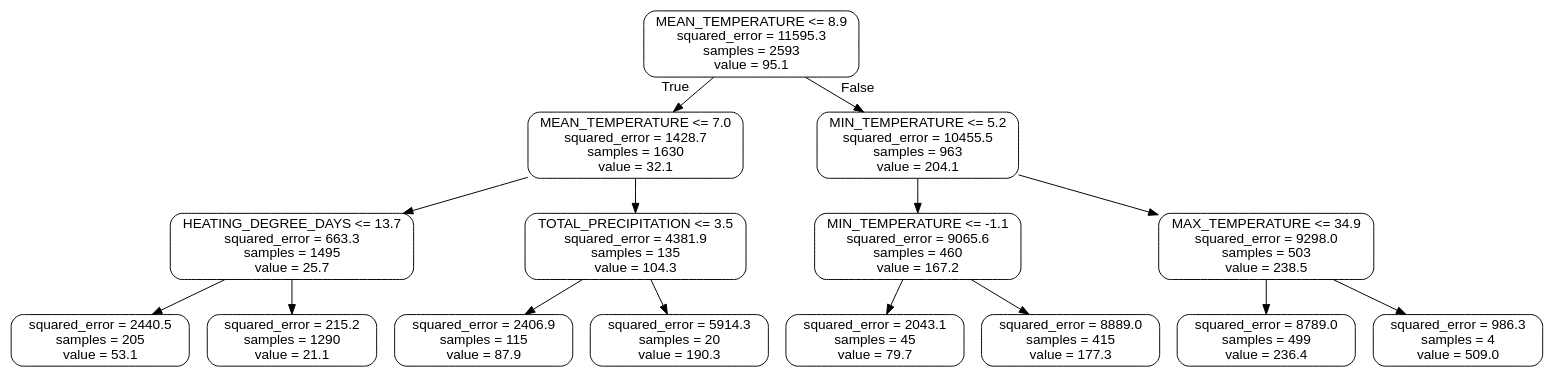
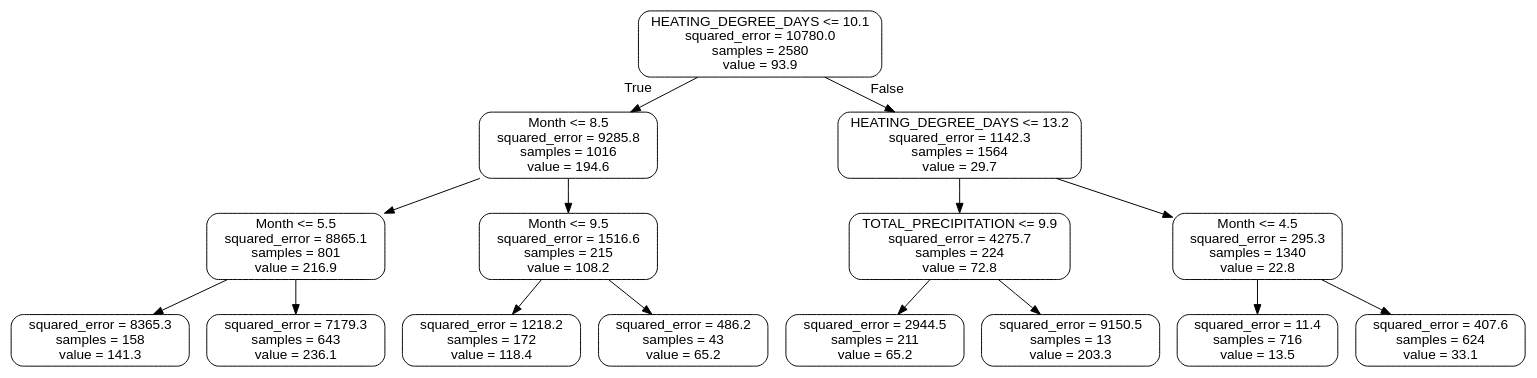
Before and after one commit to Abdullah-Usmani/flood-research1: the diagram in small_tree.dot, drawn with Graphviz. The commit also changed 4 other files, not shown here.

```diff
--- a/small_tree.dot
+++ b/small_tree.dot
@@ -1,33 +1,33 @@
 digraph Tree {
 node [shape=box, style="rounded", color="black", fontname="helvetica"] ;
 edge [fontname="helvetica"] ;
-0 [label="MEAN_TEMPERATURE <= 8.9\nsquared_error = 11595.3\nsamples = 2593\nvalue = 95.1"] ;
-1 [label="MEAN_TEMPERATURE <= 7.0\nsquared_error = 1428.7\nsamples = 1630\nvalue = 32.1"] ;
+0 [label="HEATING_DEGREE_DAYS <= 10.1\nsquared_error = 10780.0\nsamples = 2580\nvalue = 93.9"] ;
+1 [label="Month <= 8.5\nsquared_error = 9285.8\nsamples = 1016\nvalue = 194.6"] ;
 0 -> 1 [labeldistance=2.5, labelangle=45, headlabel="True"] ;
-2 [label="HEATING_DEGREE_DAYS <= 13.7\nsquared_error = 663.3\nsamples = 1495\nvalue = 25.7"] ;
+2 [label="Month <= 5.5\nsquared_error = 8865.1\nsamples = 801\nvalue = 216.9"] ;
 1 -> 2 ;
-3 [label="squared_error = 2440.5\nsamples = 205\nvalue = 53.1"] ;
+3 [label="squared_error = 8365.3\nsamples = 158\nvalue = 141.3"] ;
 2 -> 3 ;
-4 [label="squared_error = 215.2\nsamples = 1290\nvalue = 21.1"] ;
+4 [label="squared_error = 7179.3\nsamples = 643\nvalue = 236.1"] ;
 2 -> 4 ;
-5 [label="TOTAL_PRECIPITATION <= 3.5\nsquared_error = 4381.9\nsamples = 135\nvalue = 104.3"] ;
+5 [label="Month <= 9.5\nsquared_error = 1516.6\nsamples = 215\nvalue = 108.2"] ;
 1 -> 5 ;
-6 [label="squared_error = 2406.9\nsamples = 115\nvalue = 87.9"] ;
+6 [label="squared_error = 1218.2\nsamples = 172\nvalue = 118.4"] ;
 5 -> 6 ;
-7 [label="squared_error = 5914.3\nsamples = 20\nvalue = 190.3"] ;
+7 [label="squared_error = 486.2\nsamples = 43\nvalue = 65.2"] ;
 5 -> 7 ;
-8 [label="MIN_TEMPERATURE <= 5.2\nsquared_error = 10455.5\nsamples = 963\nvalue = 204.1"] ;
+8 [label="HEATING_DEGREE_DAYS <= 13.2\nsquared_error = 1142.3\nsamples = 1564\nvalue = 29.7"] ;
 0 -> 8 [labeldistance=2.5, labelangle=-45, headlabel="False"] ;
-9 [label="MIN_TEMPERATURE <= -1.1\nsquared_error = 9065.6\nsamples = 460\nvalue = 167.2"] ;
+9 [label="TOTAL_PRECIPITATION <= 9.9\nsquared_error = 4275.7\nsamples = 224\nvalue = 72.8"] ;
 8 -> 9 ;
-10 [label="squared_error = 2043.1\nsamples = 45\nvalue = 79.7"] ;
+10 [label="squared_error = 2944.5\nsamples = 211\nvalue = 65.2"] ;
 9 -> 10 ;
-11 [label="squared_error = 8889.0\nsamples = 415\nvalue = 177.3"] ;
+11 [label="squared_error = 9150.5\nsamples = 13\nvalue = 203.3"] ;
 9 -> 11 ;
-12 [label="MAX_TEMPERATURE <= 34.9\nsquared_error = 9298.0\nsamples = 503\nvalue = 238.5"] ;
+12 [label="Month <= 4.5\nsquared_error = 295.3\nsamples = 1340\nvalue = 22.8"] ;
 8 -> 12 ;
-13 [label="squared_error = 8789.0\nsamples = 499\nvalue = 236.4"] ;
+13 [label="squared_error = 11.4\nsamples = 716\nvalue = 13.5"] ;
 12 -> 13 ;
-14 [label="squared_error = 986.3\nsamples = 4\nvalue = 509.0"] ;
+14 [label="squared_error = 407.6\nsamples = 624\nvalue = 33.1"] ;
 12 -> 14 ;
 }
```
